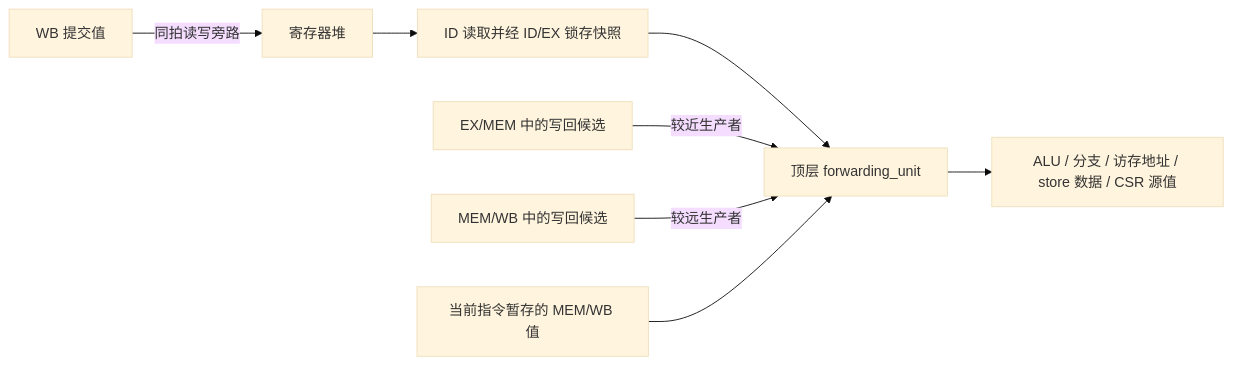
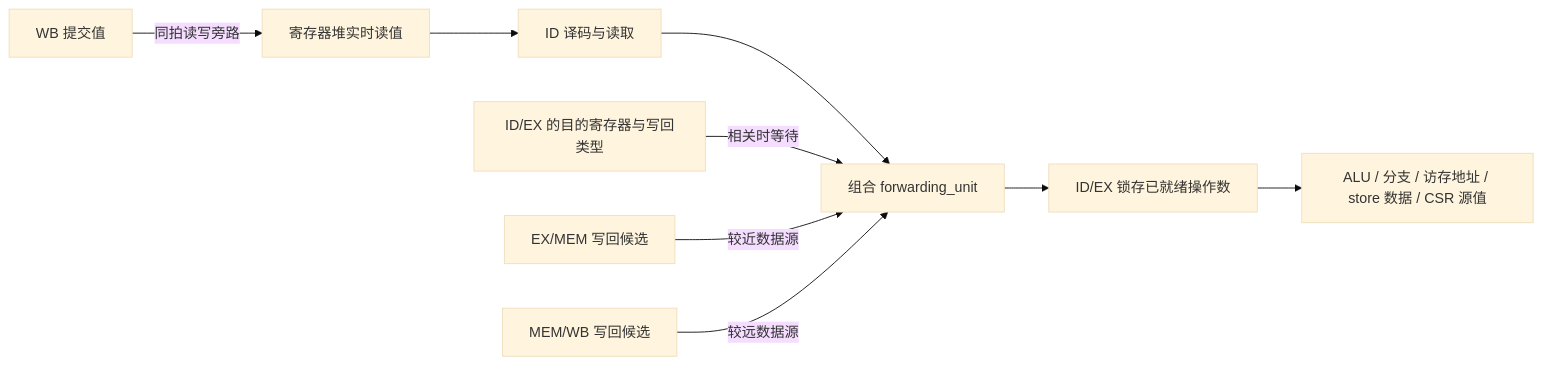
One commit to L1Ban404-computer-architecture/riscv-core changed the diagram in FORWARDING.md. Above: the diagram before and after it, drawn with Mermaid (base theme). The commit also changed other lines of this file and 10 other files, not shown here.

````diff
--- a/FORWARDING.md
+++ b/FORWARDING.md
@@ -9,10 +7,11 @@
 ```mermaid
 flowchart LR
-  GPR[寄存器堆] --> ID[ID 读取并经 ID/EX 锁存快照]
+  GPR[寄存器堆实时读值] --> ID[ID 译码与读取]
   WB[WB 提交值] -->|同拍读写旁路| GPR
-  ID --> F[顶层 forwarding_unit]
-  EM[EX/MEM 中的写回候选] -->|较近生产者| F
-  MW[MEM/WB 中的写回候选] -->|较远生产者| F
-  H[当前指令暂存的 MEM/WB 值] --> F
-  F --> EX[ALU / 分支 / 访存地址 / store 数据 / CSR 源值]
+  ID --> F[组合 forwarding_unit]
+  IE[ID/EX 的目的寄存器与写回类型] -->|相关时等待| F
+  EM[EX/MEM 写回候选] -->|较近数据源| F
+  MW[MEM/WB 写回候选] -->|较远数据源| F
+  F --> R[ID/EX 锁存已就绪操作数]
+  R --> EX[ALU / 分支 / 访存地址 / store 数据 / CSR 源值]
 ```
````
